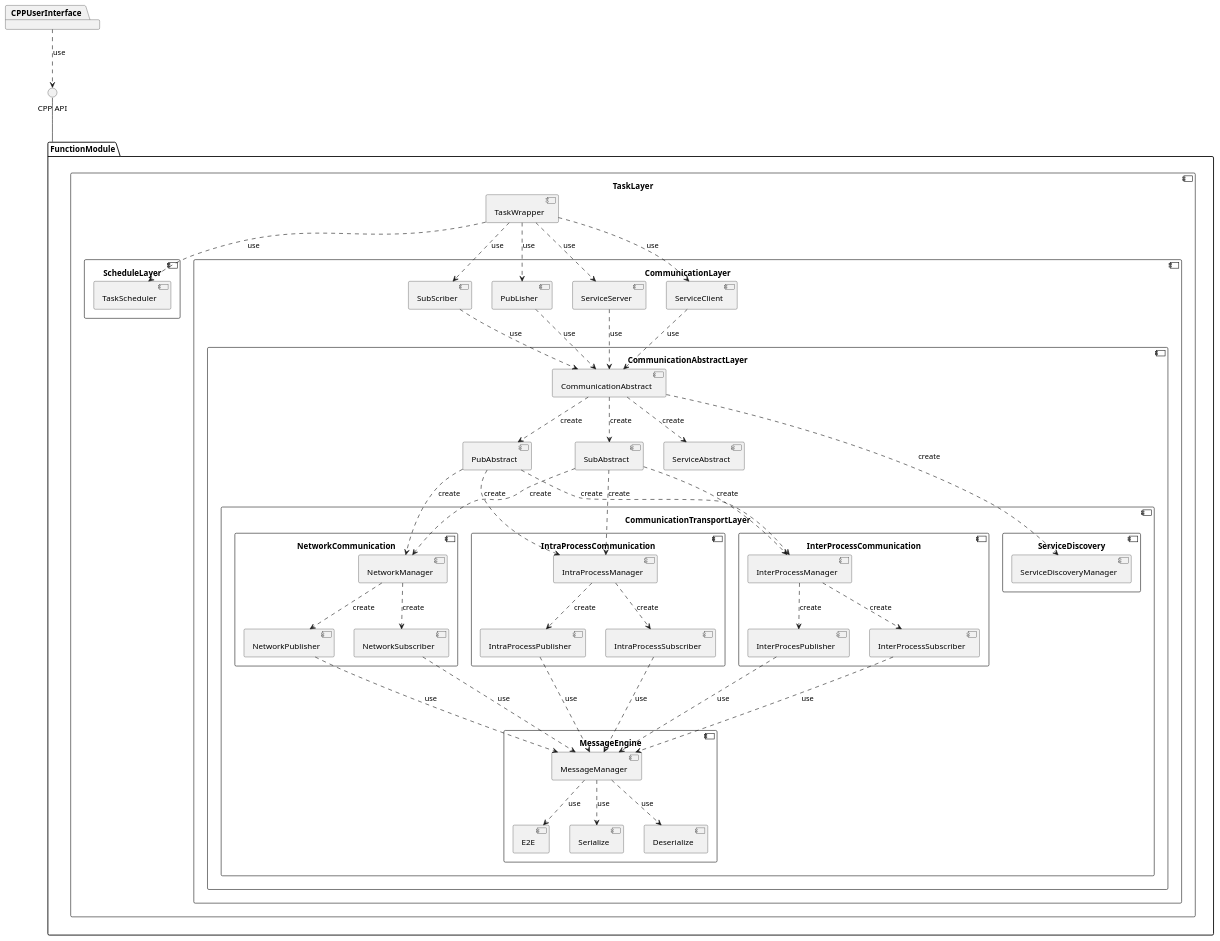
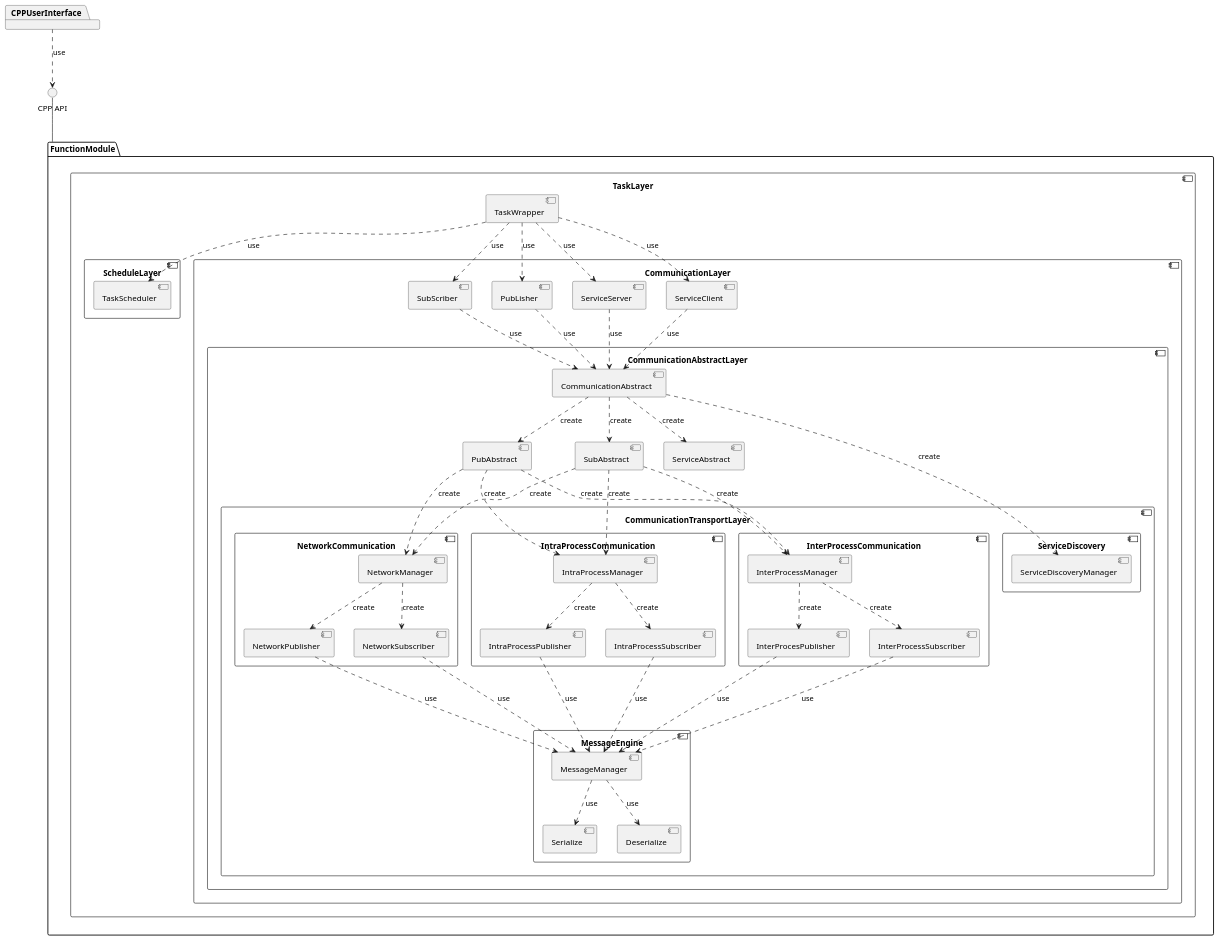
The diagram in uml/distributeModule.wsd (woshigerunze/new_paper), drawn with PlantUML before and after one commit. The commit also changed 20 other files, not shown here.

```diff
--- a/uml/distributeModule.wsd
+++ b/uml/distributeModule.wsd
@@ -1,91 +1,89 @@
 @startuml
 package CPPUserInterface
 package FunctionModule{
 component TaskLayer{
     [TaskWrapper]
     component ScheduleLayer{
         [TaskScheduler]
     }
     component CommunicationLayer{
         [SubScriber]
         [PubLisher]
         [ServiceServer]
         [ServiceClient]
         component CommunicationAbstractLayer{
             [CommunicationAbstract]
             [PubAbstract]
             [SubAbstract]
             [ServiceAbstract]
         component CommunicationTransportLayer{
             component NetworkCommunication{
                 [NetworkManager]
                 [NetworkPublisher]
                 [NetworkSubscriber]
             }
             component IntraProcessCommunication{
                 [IntraProcessManager]
                 [IntraProcessPublisher]
                 [IntraProcessSubscriber]
             }
             component InterProcessCommunication{
                 [InterProcessManager]
                 [InterProcesPublisher]
                 [InterProcessSubscriber]
             }
             component MessageEngine{
                 [MessageManager]
-                [E2E]
                 [Serialize]
                 [Deserialize]
             }
             component ServiceDiscovery{
                 [ServiceDiscoveryManager]
             }
         }
         }
     }
 }
 [TaskWrapper] ..> [TaskScheduler] : use
 [TaskWrapper] ..> [SubScriber] : use
 [TaskWrapper] ..> [PubLisher] : use
 [TaskWrapper] ..> [ServiceServer] : use
 [TaskWrapper] ..> [ServiceClient] : use
 
 [SubScriber] ..> [CommunicationAbstract] : use
 [PubLisher] ..> [CommunicationAbstract] : use
 [ServiceServer] ..> [CommunicationAbstract] : use
 [ServiceClient] ..> [CommunicationAbstract] : use
 
 [CommunicationAbstract] ..> [PubAbstract] : create
 [CommunicationAbstract] ..> [SubAbstract] : create
 [CommunicationAbstract] ..> [ServiceAbstract] : create
 [CommunicationAbstract] ..> [ServiceDiscoveryManager] : create
 
 [PubAbstract] ..> [NetworkManager] : create
 [PubAbstract] ..> [IntraProcessManager] : create
 [PubAbstract] ..> [InterProcessManager] : create
 
 [SubAbstract] ..> [NetworkManager] : create
 [SubAbstract] ..> [IntraProcessManager] : create
 [SubAbstract] ..> [InterProcessManager] : create
 
 [NetworkManager] ..> [NetworkPublisher] : create
 [NetworkManager] ..> [NetworkSubscriber] : create
 [IntraProcessManager] ..> [IntraProcessPublisher] : create
 [IntraProcessManager] ..> [IntraProcessSubscriber] : create
 [InterProcessManager] ..> [InterProcesPublisher] : create
 [InterProcessManager] ..> [InterProcessSubscriber] : create
 
 [NetworkPublisher] ..down-> [MessageManager] : use
 [NetworkSubscriber] ..down-> [MessageManager] : use
 [IntraProcessPublisher] ..down-> [MessageManager] : use
 [IntraProcessSubscriber] ..down-> [MessageManager] : use
 [InterProcesPublisher] ..down-> [MessageManager] : use
 [InterProcessSubscriber] ..down-> [MessageManager] : use
-[MessageManager] ..> [E2E] : use
 [MessageManager] ..> [Deserialize] : use
 [MessageManager] ..> [Serialize] : use
 }
 FunctionModule -up-  () "CPP API"
 CPPUserInterface ..> () "CPP API" : use
 @enduml
```
